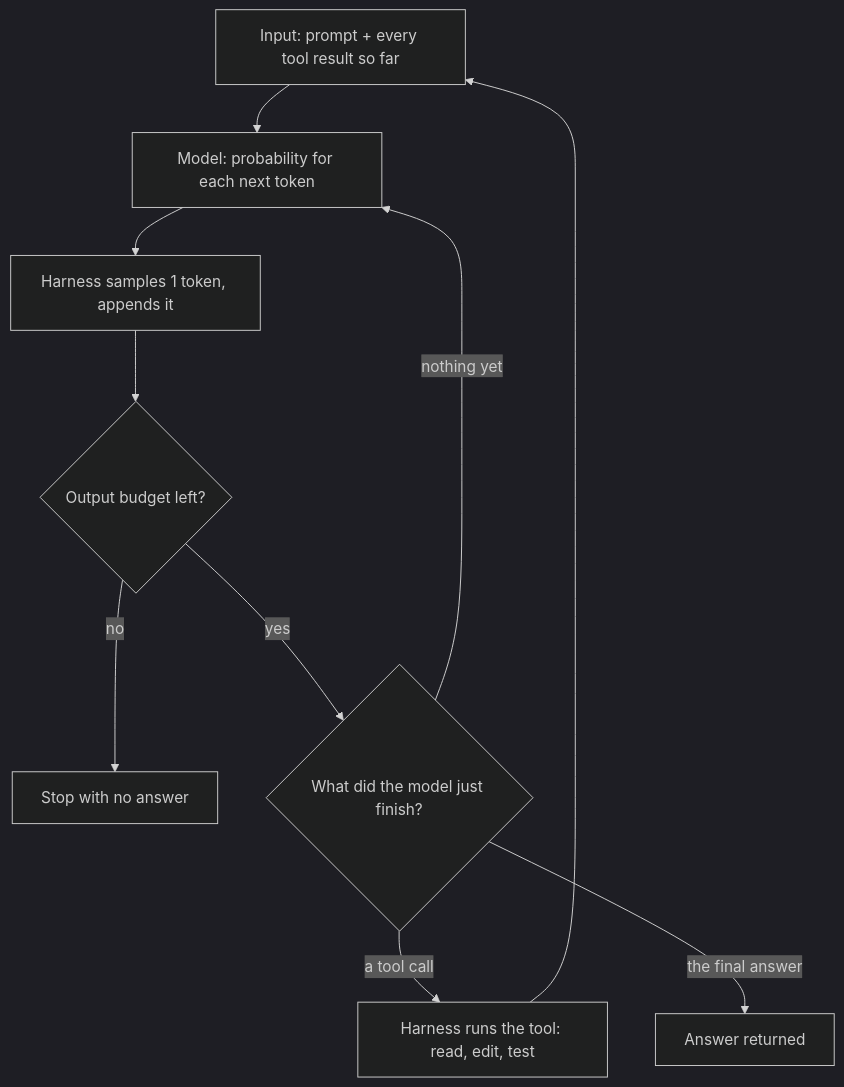
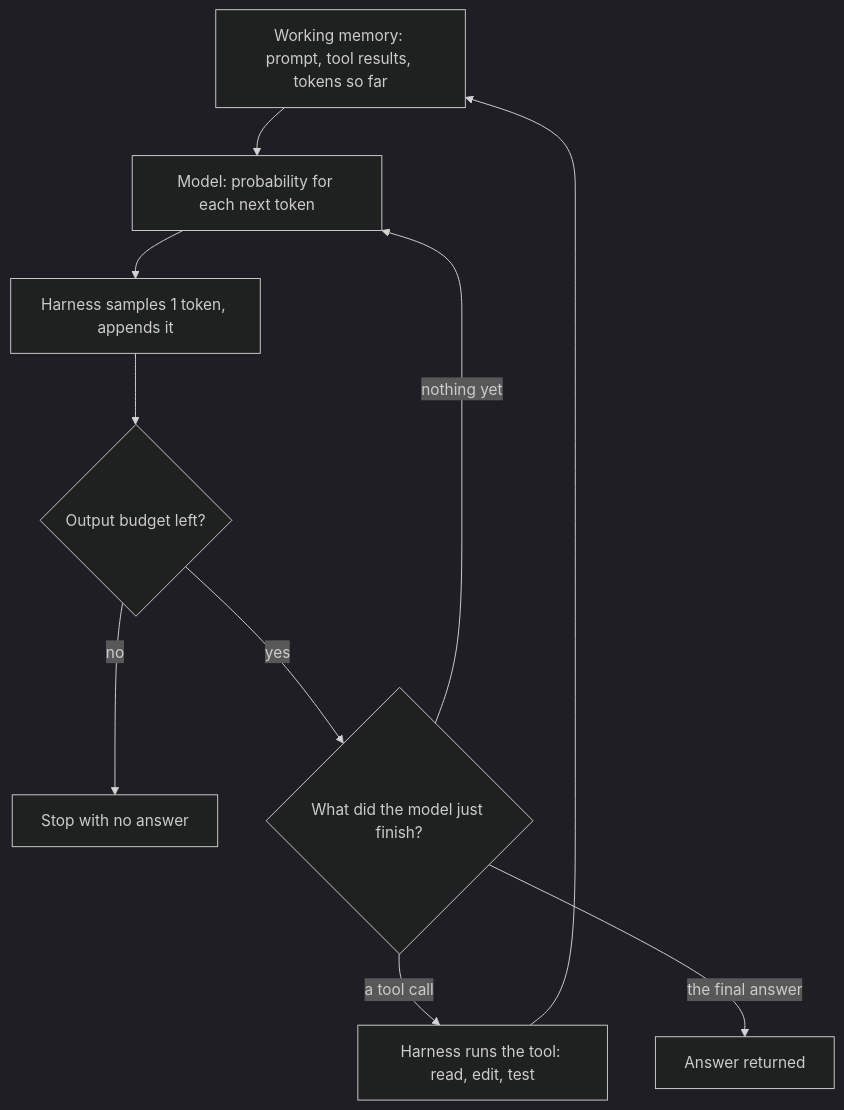
The diagram in dojo/lessons/assets/2026-10-12-2-1.mmd (yurii-mysak/scala-training-docs), drawn with Mermaid (dark theme) before and after one commit. The commit also changed 44 other files, not shown here.

First line of the commit message:
dojo: reviewer fixes (legible top-down diagrams, log axes, reproducible timings, licence and citation corrections); asset map tracks content hashes

```diff
--- a/dojo/lessons/assets/2026-10-12-2-1.mmd
+++ b/dojo/lessons/assets/2026-10-12-2-1.mmd
@@ -1,10 +1,10 @@
 flowchart TD
-  P["Input: prompt + every tool result so far"] --> M["Model: probability for each next token"]
+  P["Working memory: prompt, tool results, tokens so far"] --> M["Model: probability for each next token"]
   M --> S["Harness samples 1 token, appends it"]
   S --> B{"Output budget left?"}
   B -- "no" --> X["Stop with no answer"]
   B -- "yes" --> T{"What did the model just finish?"}
   T -- "a tool call" --> R["Harness runs the tool: read, edit, test"]
   R --> P
   T -- "nothing yet" --> M
   T -- "the final answer" --> A["Answer returned"]
```
